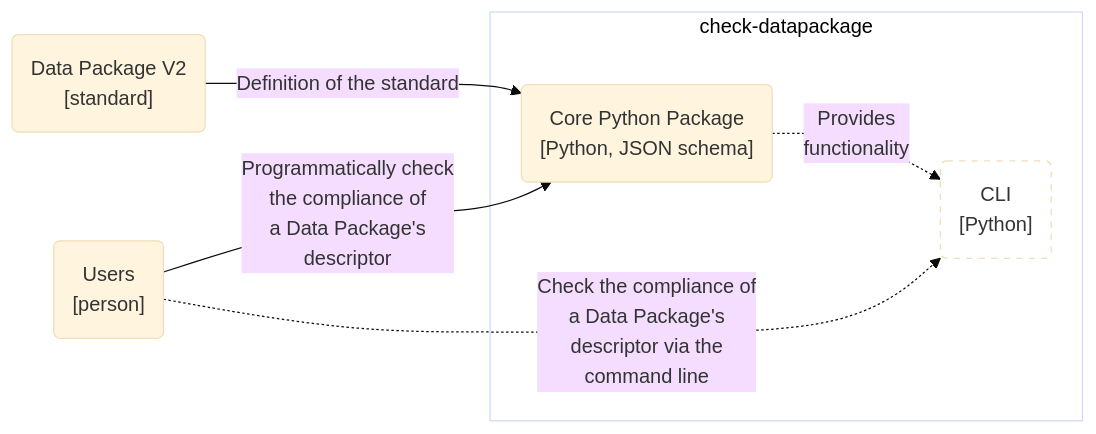
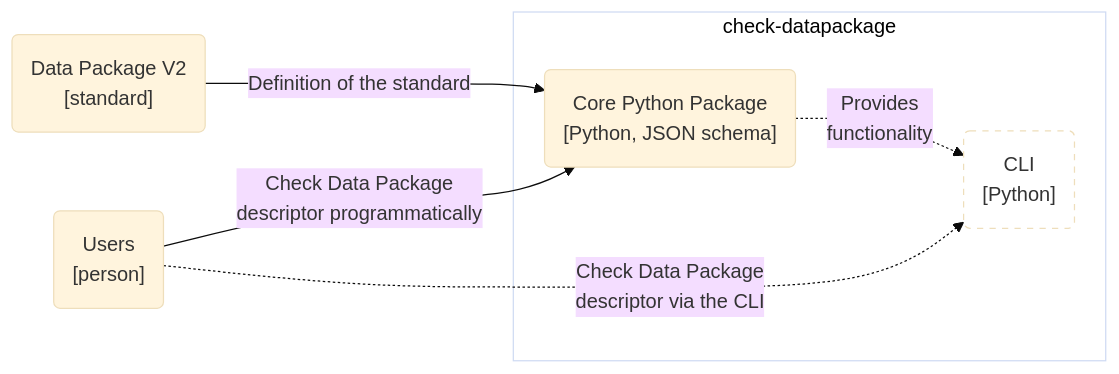
Before and after one commit to seedcase-project/check-datapackage: the second of 2 diagrams in docs/design/architecture.qmd, drawn with Mermaid (base theme). The commit also changed other lines of this file, not shown here.

Commit message:
docs: :memo: shorten user action description on arrows

````diff
--- a/docs/design/architecture.qmd
+++ b/docs/design/architecture.qmd
@@ -124,23 +124,23 @@
 ```{mermaid}
 %%| label: fig-c4-container
 %%| fig-cap: "C4 container diagram showing the core Python package in `check-datapackage` and the future command line interface (displayed dashed)."
 flowchart LR
 
     users("Users<br>[person]")
     dp_standard("Data Package V2<br>[standard]")
 
     subgraph "check-datapackage"
         python("Core Python Package<br>[Python, JSON schema]")
         cli("CLI<br>[Python]")
 
     python -. "Provides<br>functionality" .-> cli
     end
 
     dp_standard --"Definition of the standard"--> python
-    users --"Programmatically check<br>the compliance of<br>a Data Package's<br>descriptor"--> python
-    users -. "Check the compliance of<br>a Data Package's<br>descriptor via the<br>command line" .-> cli
+    users --"Check Data Package<br>descriptor programmatically"--> python
+    users -. "Check Data Package<br>descriptor via the CLI" .-> cli
 
     %% Styling
     style check-datapackage fill:#FFFFFF, color:#000000
     style cli fill:#FFFFFF, stroke-dasharray: 5 5
 ```
````
